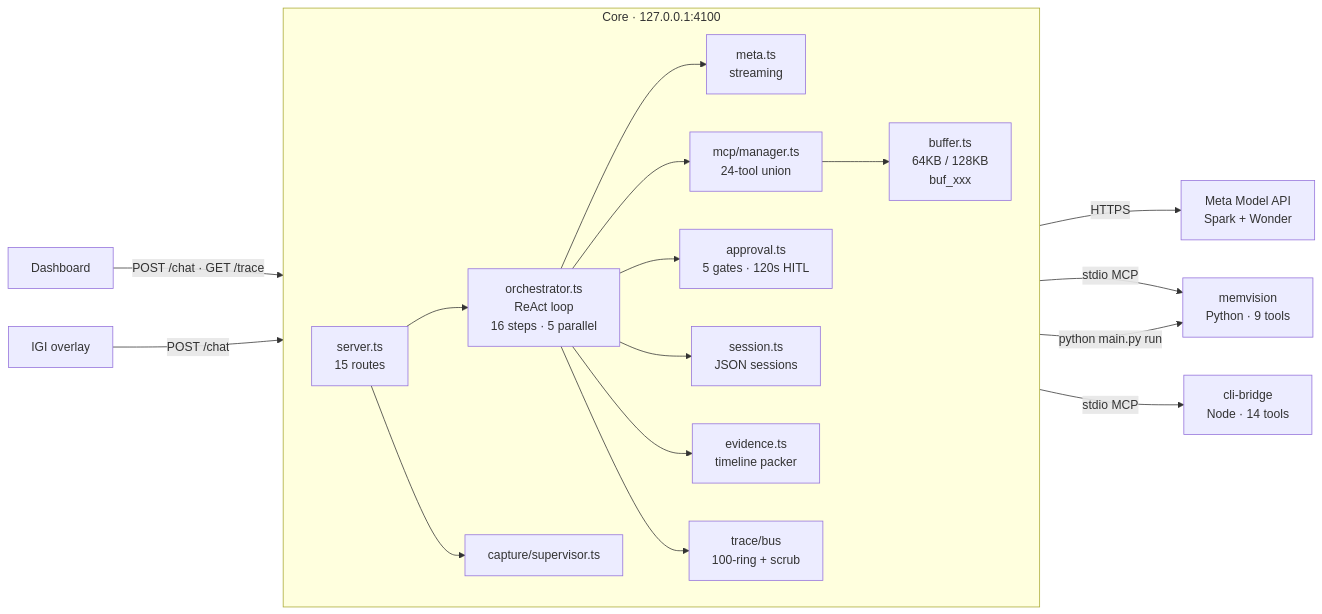
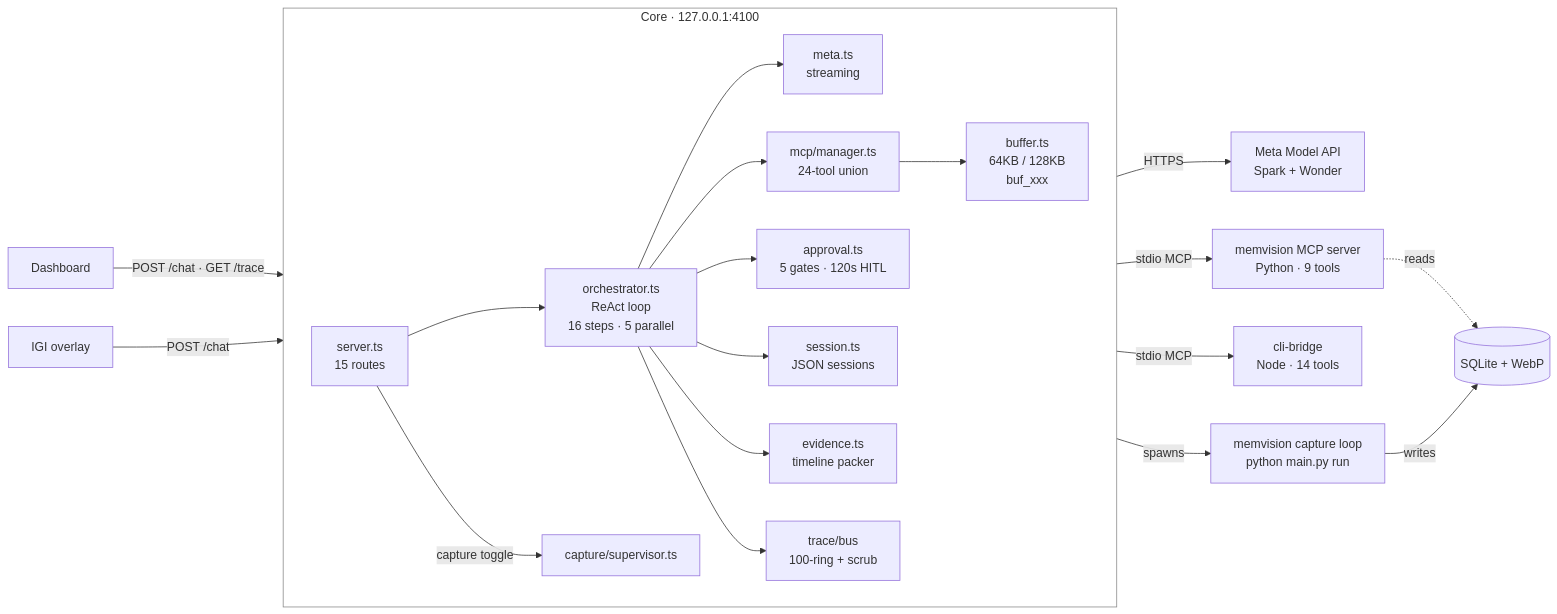
Before and after one commit to anshupriyan/enheduanna-meta-submission: the diagram in docs/ARCHITECTURE.md, drawn with Mermaid.

Commit message:
docs: update Core architecture flowchart with capture loop lifecycle and db storage nodes

````diff
--- a/docs/ARCHITECTURE.md
+++ b/docs/ARCHITECTURE.md
@@ -19,25 +19,29 @@
 ```mermaid
 flowchart LR
+    S["server.ts<br/>15 routes"]
     D["Dashboard"] -->|"POST /chat · GET /trace"| S
     I["IGI overlay"] -->|"POST /chat"| S
 
     subgraph CORE["Core · 127.0.0.1:4100"]
         direction LR
-        S["server.ts<br/>15 routes"] --> O["orchestrator.ts<br/>ReAct loop<br/>16 steps · 5 parallel"]
+        S --> O["orchestrator.ts<br/>ReAct loop<br/>16 steps · 5 parallel"]
         O --> P["meta.ts<br/>streaming"]
         O --> M["mcp/manager.ts<br/>24-tool union"]
 
         M --> BUF["buffer.ts<br/>64KB / 128KB<br/>buf_xxx"]
         O --> APR["approval.ts<br/>5 gates · 120s HITL"]
         O --> SES["session.ts<br/>JSON sessions"]
         O --> EV["evidence.ts<br/>timeline packer"]
         O --> TR["trace/bus<br/>100-ring + scrub"]
-        SUP["capture/supervisor.ts"]
+        S -->|"capture toggle"| SUP["capture/supervisor.ts"]
     end
 
     P -->|"HTTPS"| META["Meta Model API<br/>Spark + Wonder"]
-    M -->|"stdio MCP"| MV["memvision<br/>Python · 9 tools"]
+    M -->|"stdio MCP"| MV["memvision MCP server<br/>Python · 9 tools"]
     M -->|"stdio MCP"| CB["cli-bridge<br/>Node · 14 tools"]
-    SUP -->|"python main.py run"| MV
-    S --> SUP
+    SUP -->|"spawns"| CAP["memvision capture loop<br/>python main.py run"]
+    MV -.->|"reads"| DB[("SQLite + WebP")]
+    CAP -->|"writes"| DB
+
+    style CORE fill:transparent,stroke:#888,stroke-width:1px
 ```
````
